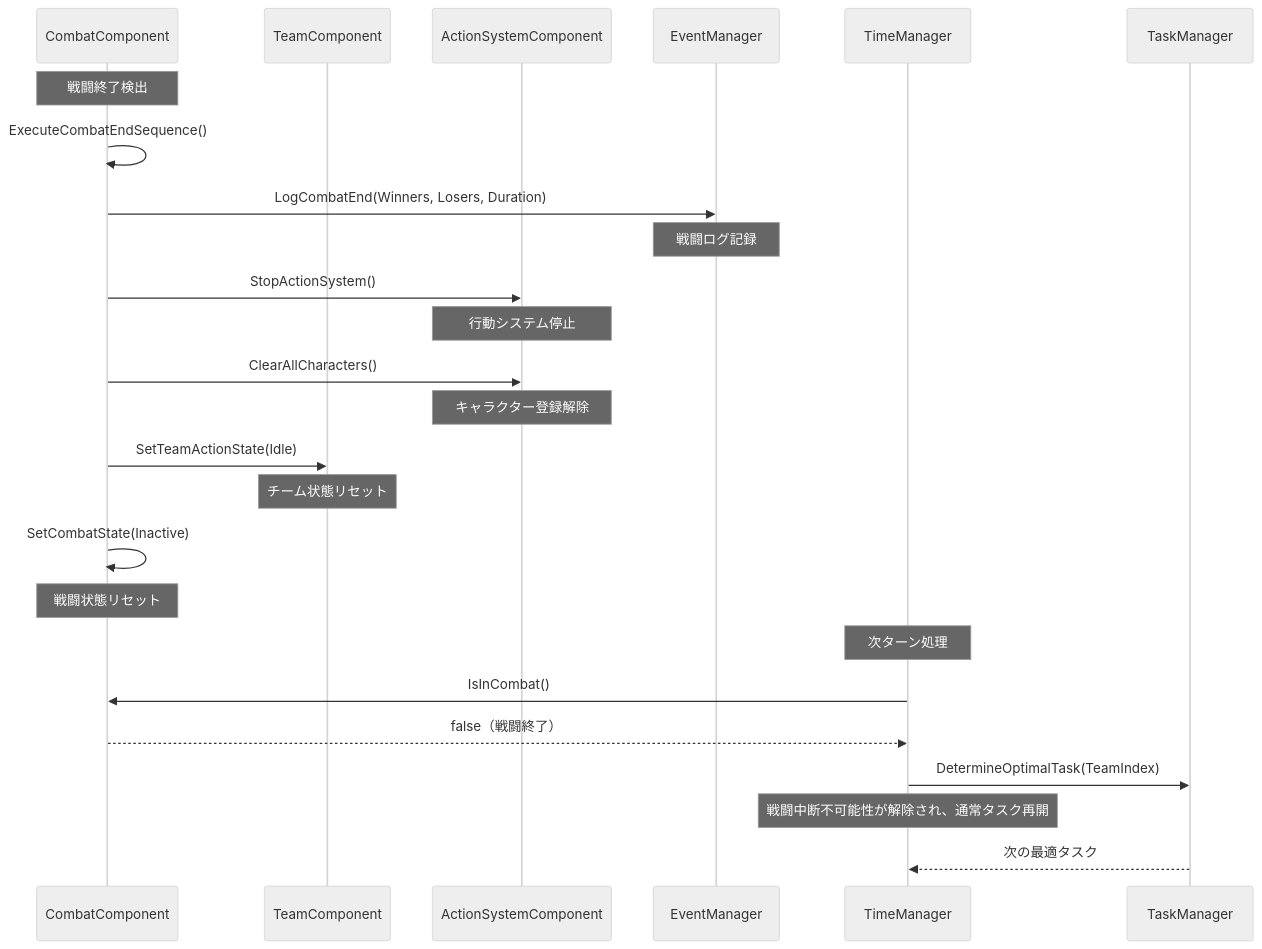
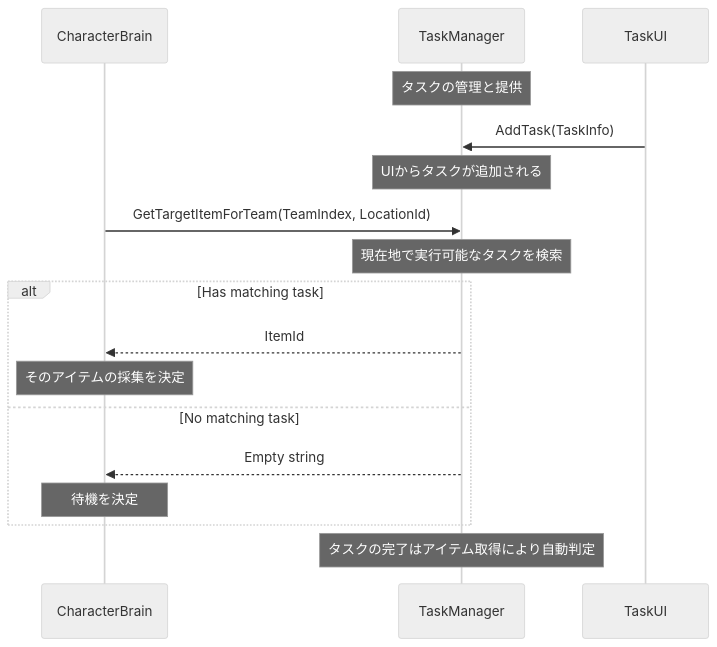
Before and after one commit to earlgreystudio/UE_IdleWSL: the fifth of 6 diagrams in docs/specifications/tasks/タスクフロー図.md, drawn with Mermaid (neutral theme). The commit also changed other lines of this file and 88 other files, not shown here.

````diff
--- a/docs/specifications/tasks/タスクフロー図.md
+++ b/docs/specifications/tasks/タスクフロー図.md
@@ -183,35 +159,24 @@
 ```mermaid
 sequenceDiagram
-    participant CC as CombatComponent
-    participant TC as TeamComponent
-    participant ASC as ActionSystemComponent
-    participant EM as EventManager
-    participant TM as TimeManager
+    participant Brain as CharacterBrain
     participant TaskMgr as TaskManager
+    participant UI as TaskUI
     
-    Note over CC: 戦闘終了検出
-    CC->>CC: ExecuteCombatEndSequence()
+    Note over TaskMgr: タスクの管理と提供
     
-    CC->>EM: LogCombatEnd(Winners, Losers, Duration)
-    Note over EM: 戦闘ログ記録
+    UI->>TaskMgr: AddTask(TaskInfo)
+    Note over TaskMgr: UIからタスクが追加される
     
-    CC->>ASC: StopActionSystem()
-    Note over ASC: 行動システム停止
+    Brain->>TaskMgr: GetTargetItemForTeam(TeamIndex, LocationId)
+    Note over TaskMgr: 現在地で実行可能なタスクを検索
     
-    CC->>ASC: ClearAllCharacters()
-    Note over ASC: キャラクター登録解除
+    alt Has matching task
+        TaskMgr-->>Brain: ItemId
+        Note over Brain: そのアイテムの採集を決定
+    else No matching task
+        TaskMgr-->>Brain: Empty string
+        Note over Brain: 待機を決定
+    end
     
-    CC->>TC: SetTeamActionState(Idle)
-    Note over TC: チーム状態リセット
-    
-    CC->>CC: SetCombatState(Inactive)
-    Note over CC: 戦闘状態リセット
-    
-    Note over TM: 次ターン処理
-    TM->>CC: IsInCombat()
-    CC-->>TM: false（戦闘終了）
-    
-    TM->>TaskMgr: DetermineOptimalTask(TeamIndex)
-    Note over TM: 戦闘中断不可能性が解除され、通常タスク再開
-    TaskMgr-->>TM: 次の最適タスク
+    Note over TaskMgr: タスクの完了はアイテム取得により自動判定
 ```
````
